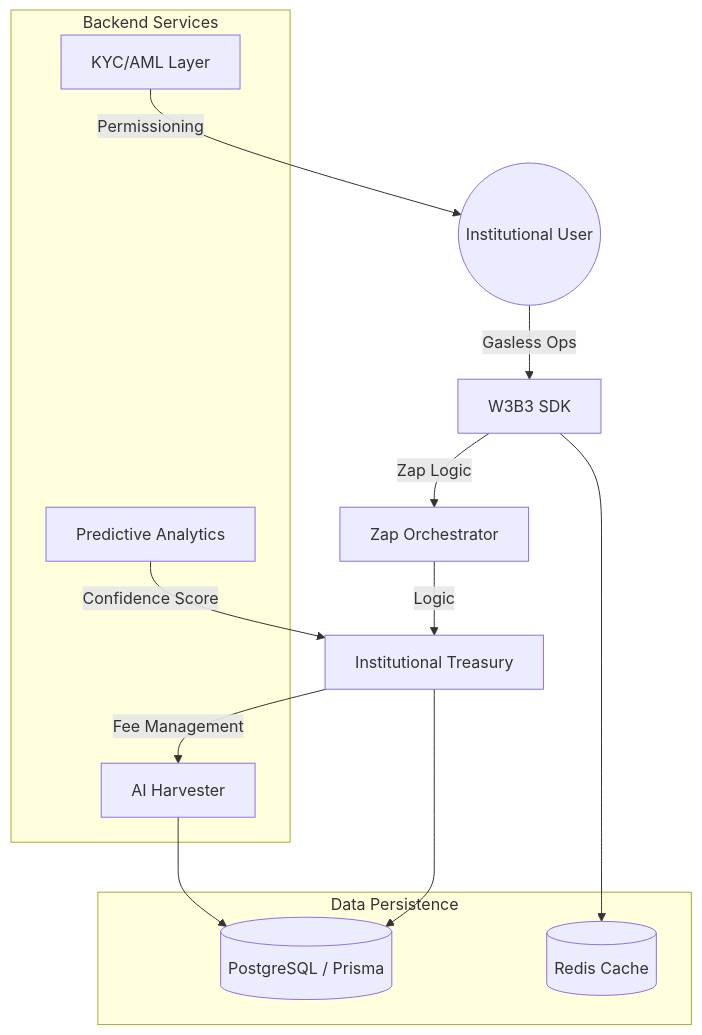
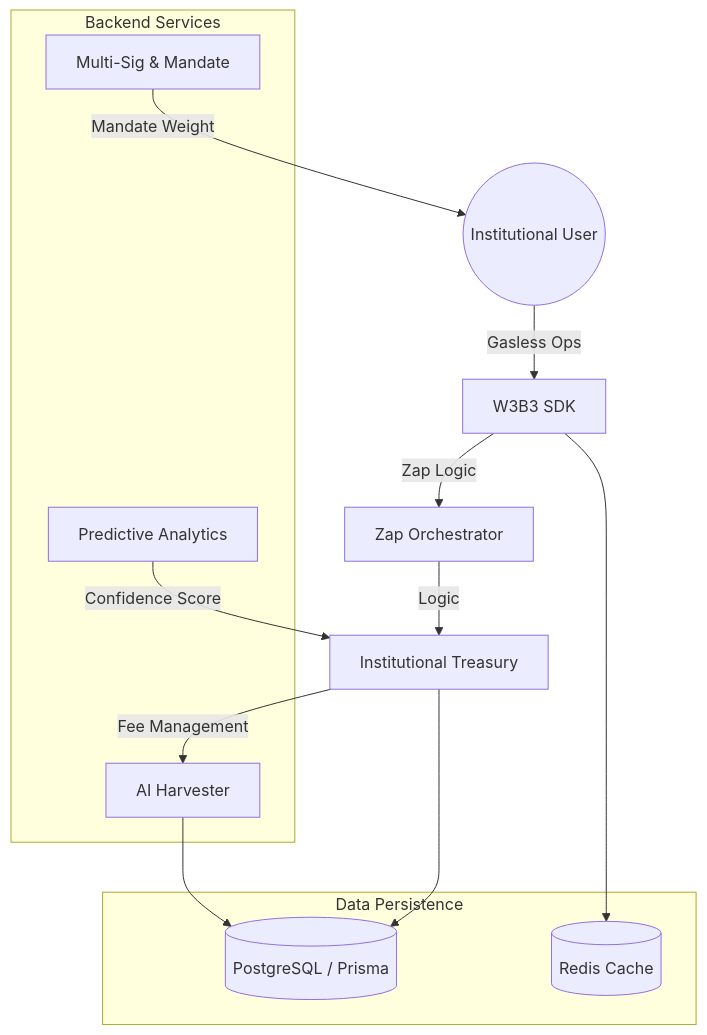
One commit to Kornershops/w3b3 changed the diagram in docs/IMPLEMENTATION_ROADMAP_V2.md. Above: the diagram before and after it, drawn with Mermaid. The commit also changed other lines of this file and 3 other files, not shown here.

````diff
--- a/docs/IMPLEMENTATION_ROADMAP_V2.md
+++ b/docs/IMPLEMENTATION_ROADMAP_V2.md
@@ -10,25 +10,25 @@
 ```mermaid
 graph TD
     User((Institutional User)) -- "Gasless Ops" --> SDK[W3B3 SDK]
     SDK -- "Zap Logic" --> Orchestrator[Zap Orchestrator]
     Orchestrator -- "Logic" --> Treasury[Institutional Treasury]
     
     subgraph "Backend Services"
         Harvest[AI Harvester]
         Predict[Predictive Analytics]
-        Compliance[KYC/AML Layer]
+        Governance[Multi-Sig & Mandate]
     end
     
     Treasury -- "Fee Management" --> Harvest
     Predict -- "Confidence Score" --> Treasury
-    Compliance -- "Permissioning" --> User
+    Governance -- "Mandate Weight" --> User
     
     subgraph "Data Persistence"
         DB[(PostgreSQL / Prisma)]
         Redis[(Redis Cache)]
     end
     
     Harvest --> DB
     Treasury --> DB
     SDK --> Redis
 ```
````
